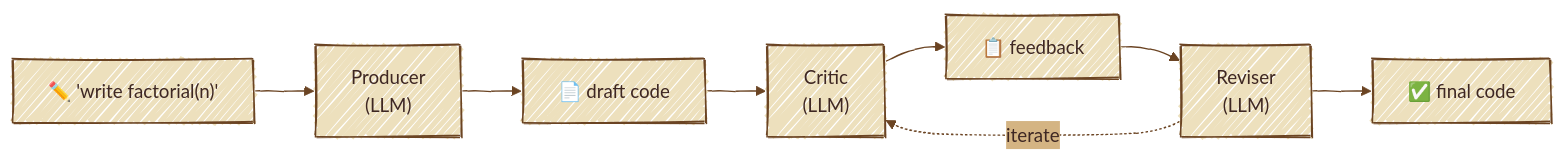
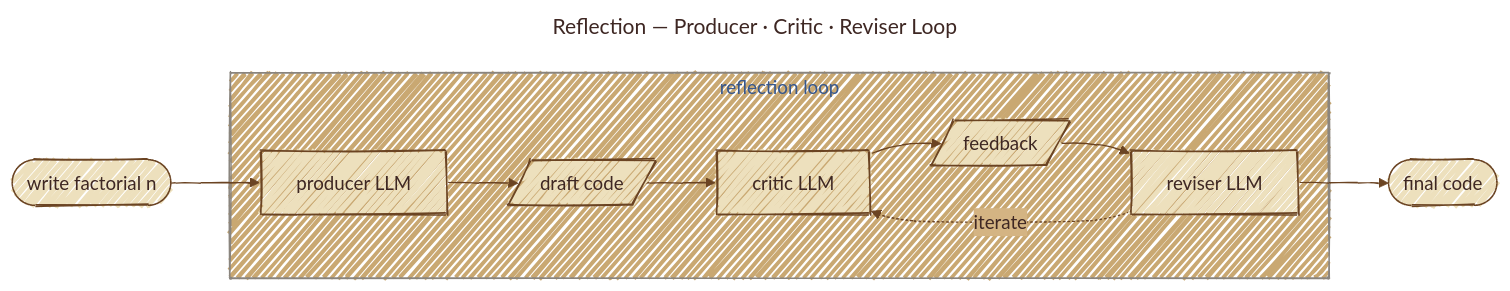
Before and after one commit to gtesei/agentic_design_patterns: the fourth of 29 diagrams in README.md, drawn with Mermaid. The commit also changed other lines of this file, not shown here.

Commit message:
docs(1_prompt_chain): add Mermaid diagram of the spec→JSON chain

````diff
--- a/README.md
+++ b/README.md
@@ -317,13 +344,22 @@
 ```mermaid
+---
+title: Reflection — Producer · Critic · Reviser Loop
+---
 %%{init: {'look':'handDrawn','theme':'base','themeVariables':{'background':'#f5ecd9','primaryColor':'#ede0bd','primaryBorderColor':'#6b4423','primaryTextColor':'#3e2723','lineColor':'#6b4423','secondaryColor':'#d4b483','tertiaryColor':'#c9a872','fontFamily':'Caveat, Patrick Hand, cursive'}}}%%
 flowchart LR
-    Task["✏️ 'write factorial(n)'"]
-    P["Producer<br/>(LLM)"]
-    Draft["📄 draft code"]
-    Cr["Critic<br/>(LLM)"]
-    Fb["📋 feedback"]
-    Rv["Reviser<br/>(LLM)"]
-    Final["✅ final code"]
-    Task --> P --> Draft --> Cr --> Fb --> Rv --> Final
-    Rv -. iterate .-> Cr
+    Task([write factorial n])
+    Final([final code])
+
+    subgraph loop ["reflection loop"]
+        P[producer LLM]
+        Draft[/draft code/]
+        Cr[critic LLM]
+        Fb[/feedback/]
+        Rv[reviser LLM]
+        P --> Draft --> Cr --> Fb --> Rv
+        Rv -. "iterate" .-> Cr
+    end
+
+    Task --> P
+    Rv --> Final
 ```
````
